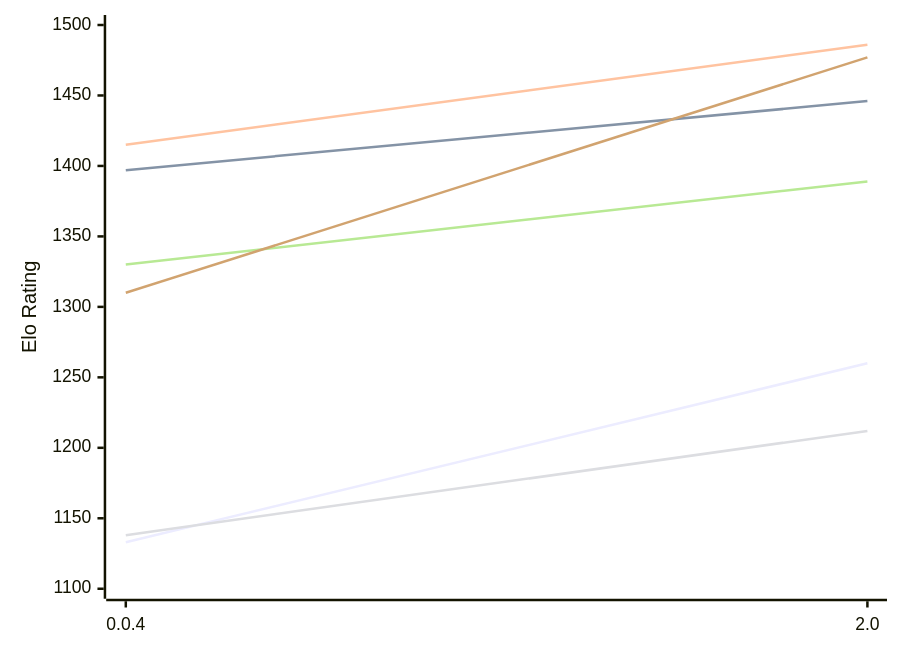
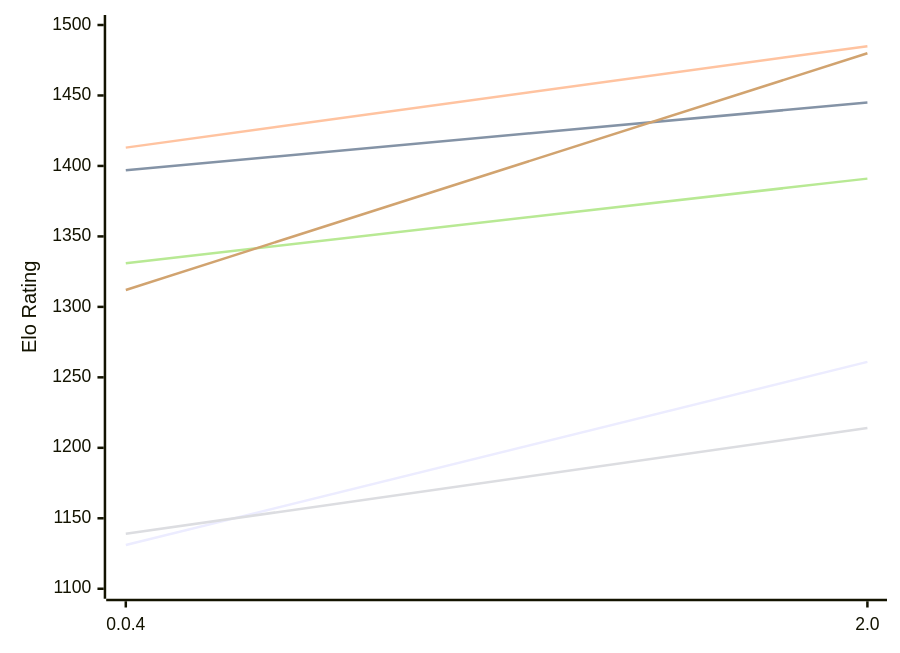
One commit to computer-chess-index/cci changed the first of 2 diagrams in engines/Oops!Mate.md. Above: the diagram before and after it, drawn with Mermaid. The commit also changed other lines of this file, not shown here.

Commit message:
Update CCI Ratings (ELO VLTC) - 2026-11-23

````diff
--- a/engines/Oops!Mate.md
+++ b/engines/Oops!Mate.md
@@ -50,12 +50,12 @@
 ```mermaid
 %%{init: {"theme":"base","themeVariables":{"seriesColors:['#a3a3a3','#222221','#faa371']}}}%%
 xychart-beta
   x-axis ["0.0.4", "2.0"]
   y-axis "Elo Rating" 1100 --> 1500
-  line "E1: STC (8.0+0.08s)" [1133, 1260]
-  line "E1: LTC (60.0+0.60s)" [1397, 1446]
-  line "E1: VLTC (2m24s+1.12s)" [1415, 1486]
-  line "P1: STC (8.0+0.08s)" [1138, 1212]
-  line "P1: LTC (60.0+0.60s)" [1330, 1389]
-  line "P1: VLTC (2m24s+1.12s)" [1310, 1477]
+  line "E1: STC (8.0+0.08s)" [1131, 1261]
+  line "E1: LTC (60.0+0.60s)" [1397, 1445]
+  line "E1: VLTC (2m24s+1.12s)" [1413, 1485]
+  line "P1: STC (8.0+0.08s)" [1139, 1214]
+  line "P1: LTC (60.0+0.60s)" [1331, 1391]
+  line "P1: VLTC (2m24s+1.12s)" [1312, 1480]
 ```
````
